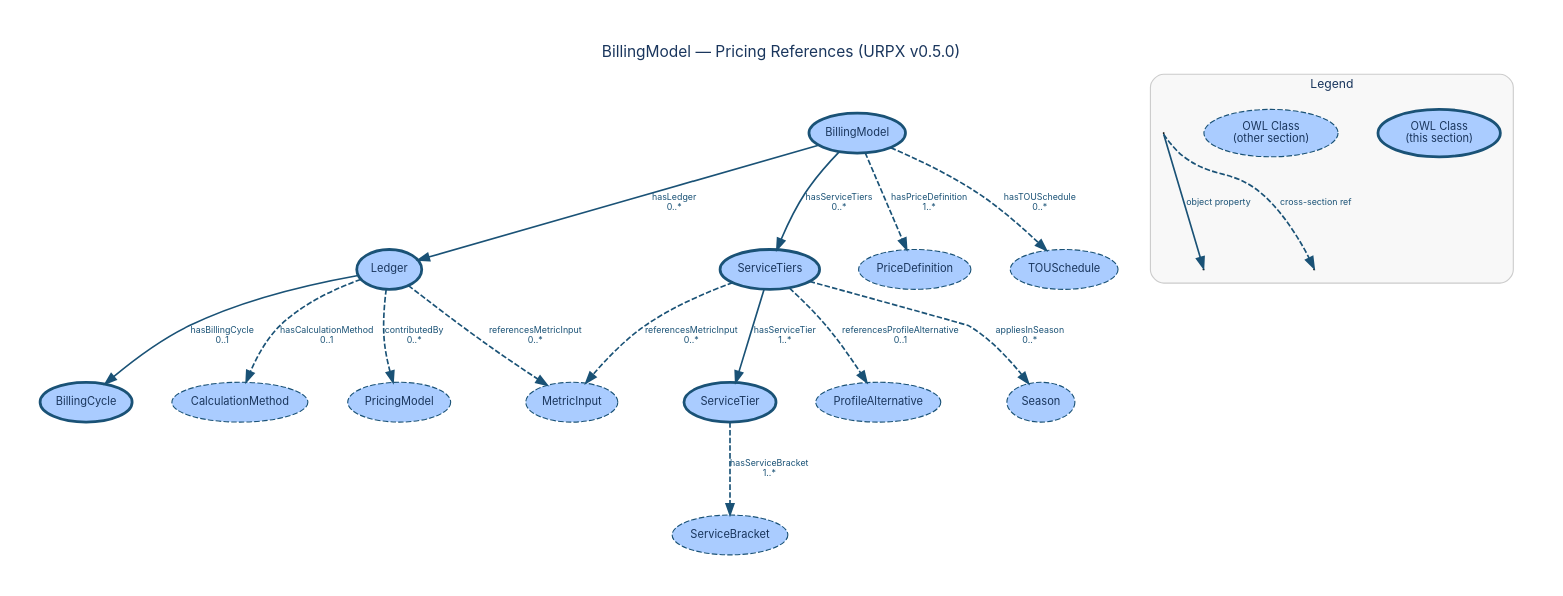
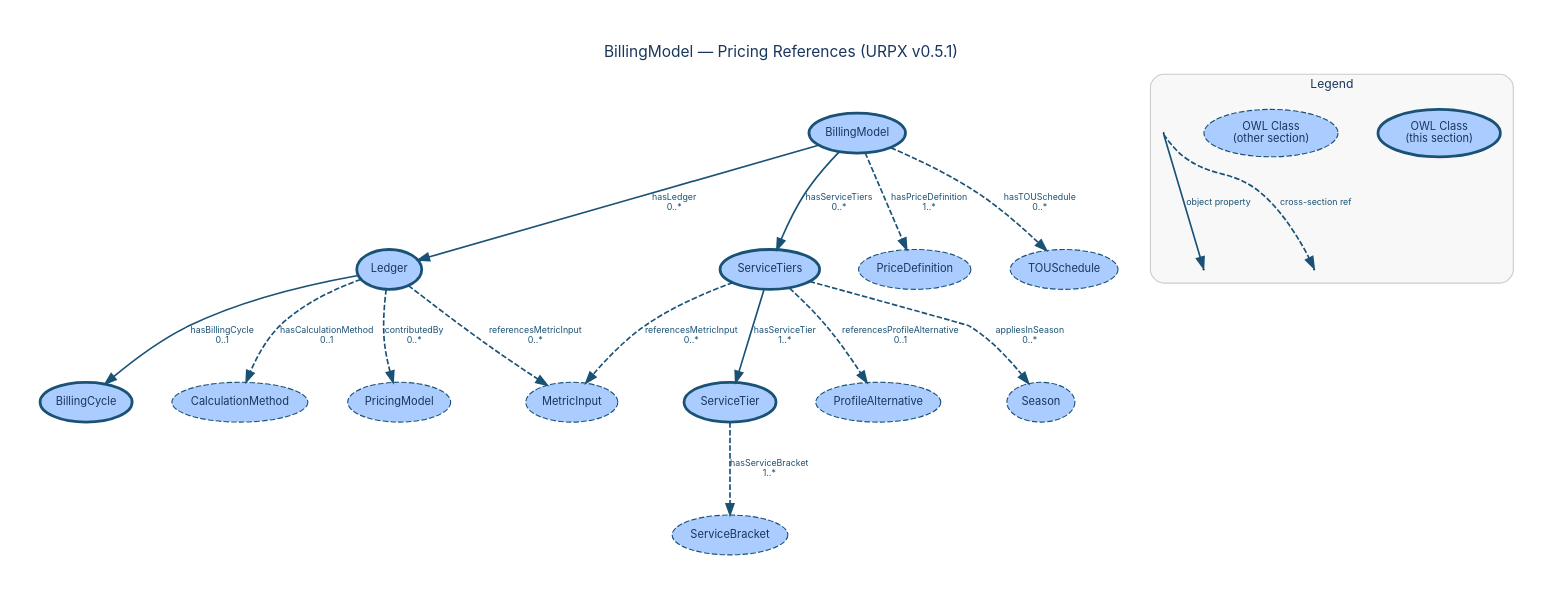
The diagram in documentation/diagrams/dictionary/plan-elements-billing-entities-billing-model-detail.dot (urpx-org/urpx), drawn with Graphviz before and after one commit. The commit also changed 61 other files, not shown here.

```diff
--- a/documentation/diagrams/dictionary/plan-elements-billing-entities-billing-model-detail.dot
+++ b/documentation/diagrams/dictionary/plan-elements-billing-entities-billing-model-detail.dot
@@ -1,135 +1,135 @@
 digraph "BillingModel — Pricing References" {
     rankdir=TB;
     bgcolor="white";
     pad=0.4;
     nodesep=0.5;
     ranksep=0.9;
     fontname="Inter, Helvetica, Arial, sans-serif";
-    label="BillingModel — Pricing References (URPX v0.5.0)";
+    label="BillingModel — Pricing References (URPX v0.5.1)";
     labelloc="t";
     fontsize=14;
     fontcolor="#1a365d";
     node [fontname="Inter, Helvetica, Arial, sans-serif", fontsize=10, style=filled, fontcolor="#1a365d"];
     edge [fontname="Inter, Helvetica, Arial, sans-serif", fontsize=8, fontcolor="#1a365d"];
 
     // Section classes
     BillingModel [
         label="BillingModel"
         shape=ellipse, fillcolor="#aaccff", color="#1a5276", penwidth=2.5
     ];
     BillingCycle [
         label="BillingCycle"
         shape=ellipse, fillcolor="#aaccff", color="#1a5276", penwidth=2.5
     ];
     Ledger [
         label="Ledger"
         shape=ellipse, fillcolor="#aaccff", color="#1a5276", penwidth=2.5
     ];
     ServiceTier [
         label="ServiceTier"
         shape=ellipse, fillcolor="#aaccff", color="#1a5276", penwidth=2.5
     ];
     ServiceTiers [
         label="ServiceTiers"
         shape=ellipse, fillcolor="#aaccff", color="#1a5276", penwidth=2.5
     ];
 
     // Cross-section references
     CalculationMethod [
         label="CalculationMethod"
         shape=ellipse, fillcolor="#aaccff", color="#1a5276", penwidth=1, style="filled,dashed"
     ];
     MetricInput [
         label="MetricInput"
         shape=ellipse, fillcolor="#aaccff", color="#1a5276", penwidth=1, style="filled,dashed"
     ];
     PriceDefinition [
         label="PriceDefinition"
         shape=ellipse, fillcolor="#aaccff", color="#1a5276", penwidth=1, style="filled,dashed"
     ];
     PricingModel [
         label="PricingModel"
         shape=ellipse, fillcolor="#aaccff", color="#1a5276", penwidth=1, style="filled,dashed"
     ];
     ProfileAlternative [
         label="ProfileAlternative"
         shape=ellipse, fillcolor="#aaccff", color="#1a5276", penwidth=1, style="filled,dashed"
     ];
     Season [
         label="Season"
         shape=ellipse, fillcolor="#aaccff", color="#1a5276", penwidth=1, style="filled,dashed"
     ];
     ServiceBracket [
         label="ServiceBracket"
         shape=ellipse, fillcolor="#aaccff", color="#1a5276", penwidth=1, style="filled,dashed"
     ];
     TOUSchedule [
         label="TOUSchedule"
         shape=ellipse, fillcolor="#aaccff", color="#1a5276", penwidth=1, style="filled,dashed"
     ];
 
     // Object property edges
     BillingModel -> Ledger [
         label="hasLedger\n0..*", color="#1a5276", fontcolor="#1a5276", penwidth=1.5
     ];
     BillingModel -> PriceDefinition [
         label="hasPriceDefinition\n1..*", style=dashed, color="#1a5276", fontcolor="#1a5276", penwidth=1.5
     ];
     BillingModel -> ServiceTiers [
         label="hasServiceTiers\n0..*", color="#1a5276", fontcolor="#1a5276", penwidth=1.5
     ];
     BillingModel -> TOUSchedule [
         label="hasTOUSchedule\n0..*", style=dashed, color="#1a5276", fontcolor="#1a5276", penwidth=1.5
     ];
     Ledger -> PricingModel [
         label="contributedBy\n0..*", style=dashed, color="#1a5276", fontcolor="#1a5276", penwidth=1.5
     ];
     Ledger -> BillingCycle [
         label="hasBillingCycle\n0..1", color="#1a5276", fontcolor="#1a5276", penwidth=1.5
     ];
     Ledger -> CalculationMethod [
         label="hasCalculationMethod\n0..1", style=dashed, color="#1a5276", fontcolor="#1a5276", penwidth=1.5
     ];
     Ledger -> MetricInput [
         label="referencesMetricInput\n0..*", style=dashed, color="#1a5276", fontcolor="#1a5276", penwidth=1.5
     ];
     ServiceTier -> ServiceBracket [
         label="hasServiceBracket\n1..*", style=dashed, color="#1a5276", fontcolor="#1a5276", penwidth=1.5
     ];
     ServiceTiers -> Season [
         label="appliesInSeason\n0..*", style=dashed, color="#1a5276", fontcolor="#1a5276", penwidth=1.5
     ];
     ServiceTiers -> ServiceTier [
         label="hasServiceTier\n1..*", color="#1a5276", fontcolor="#1a5276", penwidth=1.5
     ];
     ServiceTiers -> MetricInput [
         label="referencesMetricInput\n0..*", style=dashed, color="#1a5276", fontcolor="#1a5276", penwidth=1.5
     ];
     ServiceTiers -> ProfileAlternative [
         label="referencesProfileAlternative\n0..1", style=dashed, color="#1a5276", fontcolor="#1a5276", penwidth=1.5
     ];
 
     // Layout-specified rank groups
     { rank=same; BillingModel; }
     { rank=same; Ledger; ServiceTiers; }
     { rank=same; BillingCycle; ServiceTier; }
 
     subgraph cluster_legend {
         label="Legend";
         fontname="Inter, Helvetica, Arial, sans-serif";
         fontsize=11;
         fontcolor="#1a365d";
         style=rounded;
         color="#cccccc";
         bgcolor="#f8f8f8";
         margin=12;
 
         leg_class [label="OWL Class\n(this section)", shape=ellipse, fillcolor="#aaccff", color="#1a5276", penwidth=2.5];
         leg_xref [label="OWL Class\n(other section)", shape=ellipse, fillcolor="#aaccff", color="#1a5276", penwidth=1, style="filled,dashed"];
         leg_src [label=" ", shape=point, width=0.01];
         leg_tgt1 [label=" ", shape=point, width=0.01];
         leg_src -> leg_tgt1 [label="object property", color="#1a5276", fontcolor="#1a5276", penwidth=1.5];
         leg_tgt2 [label=" ", shape=point, width=0.01];
         leg_src -> leg_tgt2 [label="cross-section ref", style=dashed, color="#1a5276", fontcolor="#1a5276", penwidth=1.5];
     }
 }
```
